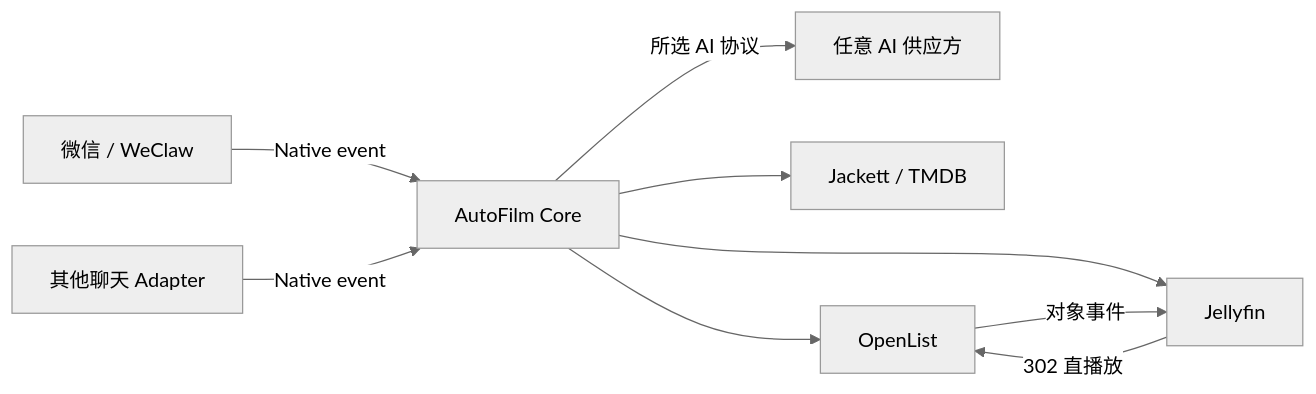
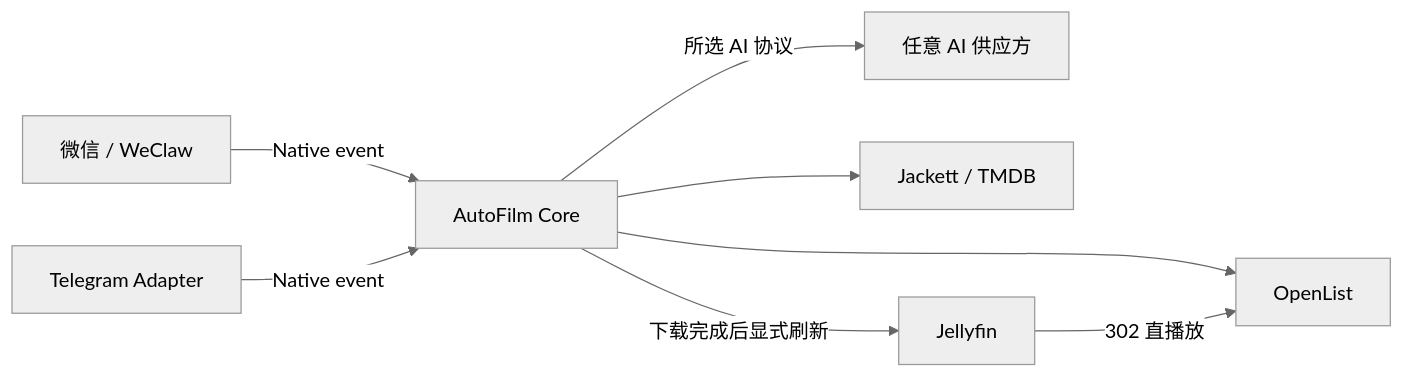
The diagram in README.md (ahaduoduoduo/autofilm-core), drawn with Mermaid (neutral theme) before and after one commit. The commit also changed other lines of this file and 120 other files, not shown here.

````diff
--- a/README.md
+++ b/README.md
@@ -29,11 +53,10 @@
 ```mermaid
 flowchart LR
     W[微信 / WeClaw] -->|Native event| C[AutoFilm Core]
-    T[其他聊天 Adapter] -->|Native event| C
+    T[Telegram Adapter] -->|Native event| C
     C -->|所选 AI 协议| P[任意 AI 供应方]
     C --> J[Jackett / TMDB]
     C --> O[OpenList]
-    C --> F[Jellyfin]
-    O -->|对象事件| F
+    C -->|下载完成后显式刷新| F[Jellyfin]
     F -->|302 直播放| O
 ```
````
